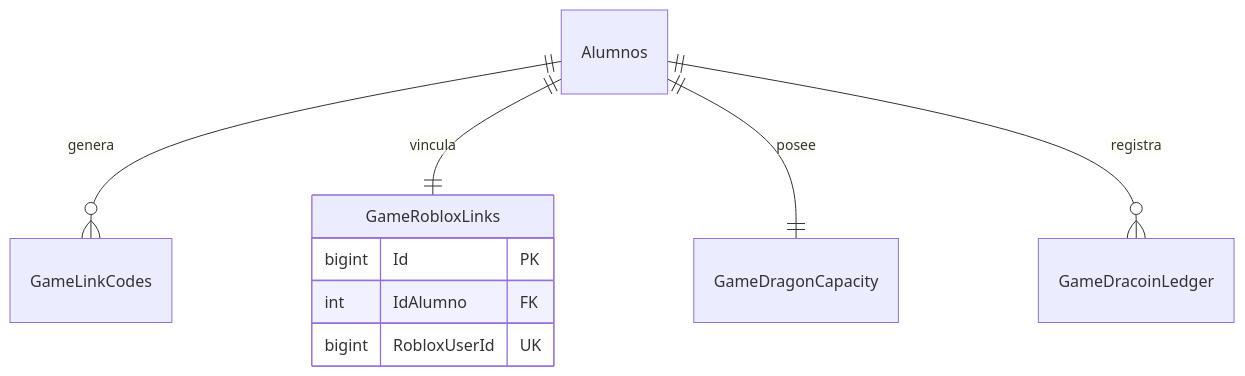
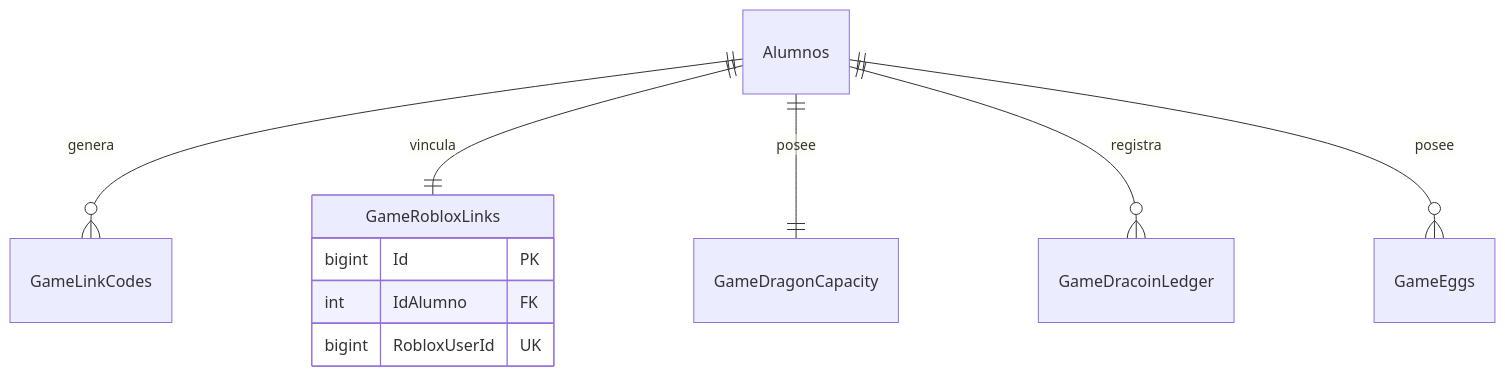
Before and after one commit to MZubiri/ImperiusDraconis-Core: the diagram in docs/database.md, drawn with Mermaid. The commit also changed other lines of this file and 19 other files, not shown here.

````diff
--- a/docs/database.md
+++ b/docs/database.md
@@ -16,13 +18,14 @@
 ```mermaid
 erDiagram
     Alumnos ||--o{ GameLinkCodes : genera
     Alumnos ||--|| GameRobloxLinks : vincula
     Alumnos ||--|| GameDragonCapacity : posee
     Alumnos ||--o{ GameDracoinLedger : registra
+    Alumnos ||--o{ GameEggs : posee
 
     GameRobloxLinks {
         bigint Id PK
         int IdAlumno FK
         bigint RobloxUserId UK
     }
 ```
````
